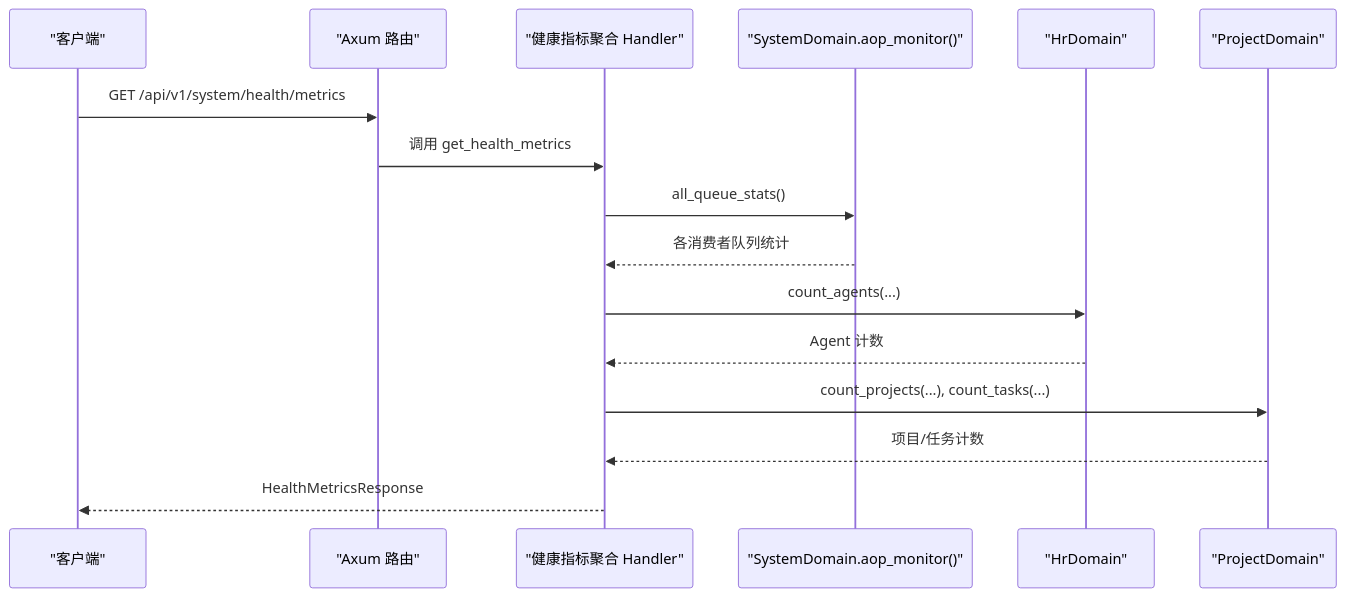
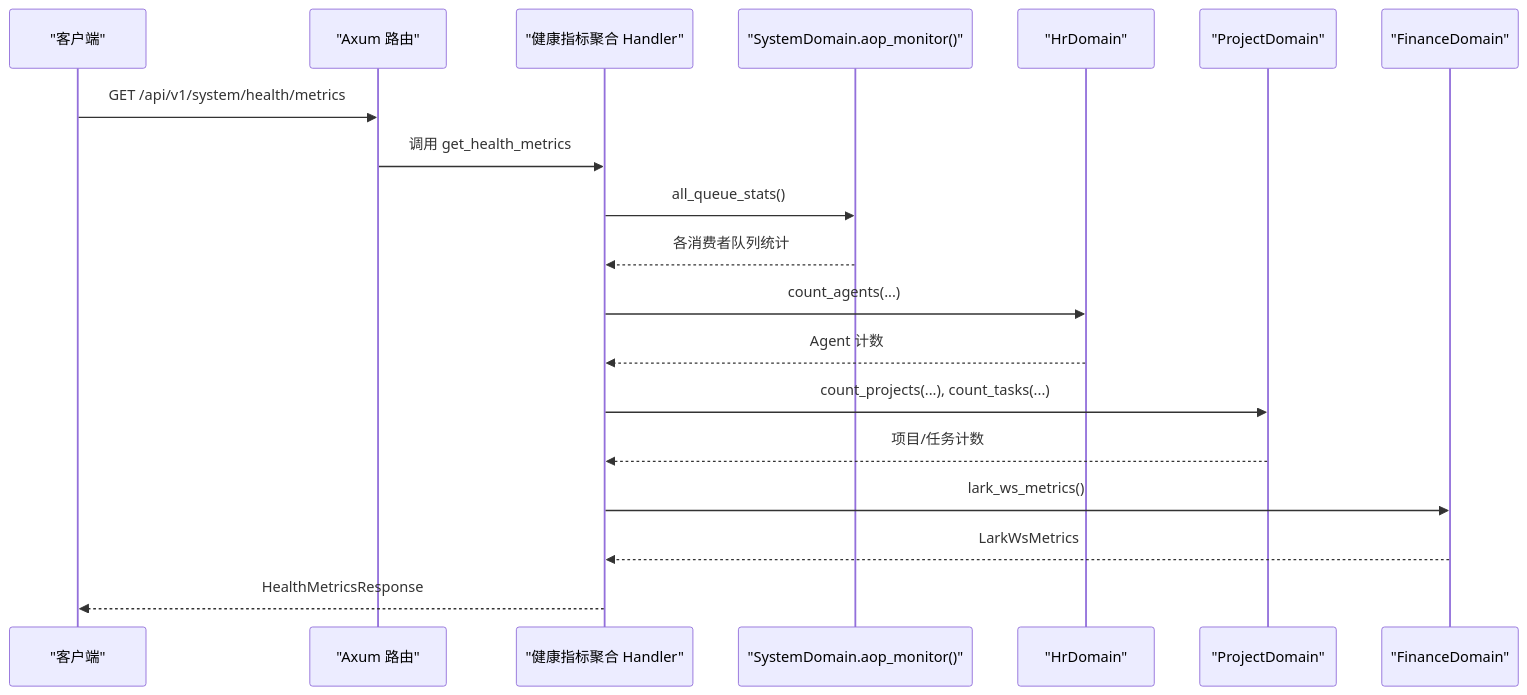
The second of 9 diagrams in .qoder/repowiki/zh/content/项目概述/核心功能特性/系统管理功能/系统健康检查.md (runningcoders/ai_orz), drawn with Mermaid before and after one commit. The commit also changed other lines of this file and 10 other files, not shown here.

````diff
--- a/.qoder/repowiki/zh/content/项目概述/核心功能特性/系统管理功能/系统健康检查.md
+++ b/.qoder/repowiki/zh/content/项目概述/核心功能特性/系统管理功能/系统健康检查.md
@@ -87,18 +109,21 @@
 ```mermaid
 sequenceDiagram
 participant C as "客户端"
 participant R as "Axum 路由"
 participant H as "健康指标聚合 Handler"
 participant S as "SystemDomain.aop_monitor()"
 participant HR as "HrDomain"
 participant PR as "ProjectDomain"
+participant FD as "FinanceDomain"
 C->>R : GET /api/v1/system/health/metrics
 R->>H : 调用 get_health_metrics
 H->>S : all_queue_stats()
 S-->>H : 各消费者队列统计
 H->>HR : count_agents(...)
 HR-->>H : Agent 计数
 H->>PR : count_projects(...), count_tasks(...)
 PR-->>H : 项目/任务计数
+H->>FD : lark_ws_metrics()
+FD-->>H : LarkWsMetrics
 H-->>C : HealthMetricsResponse
 ```
````
